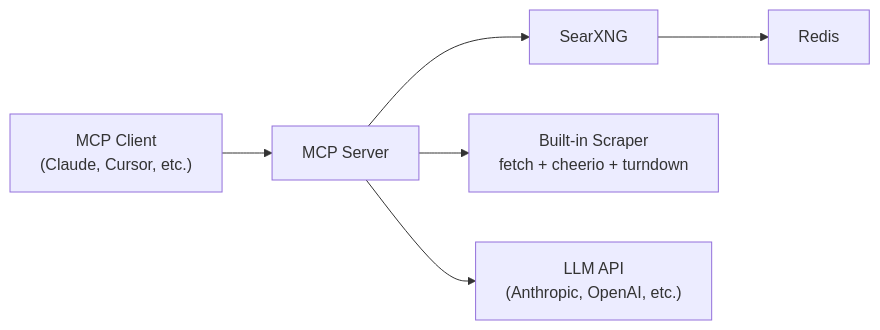
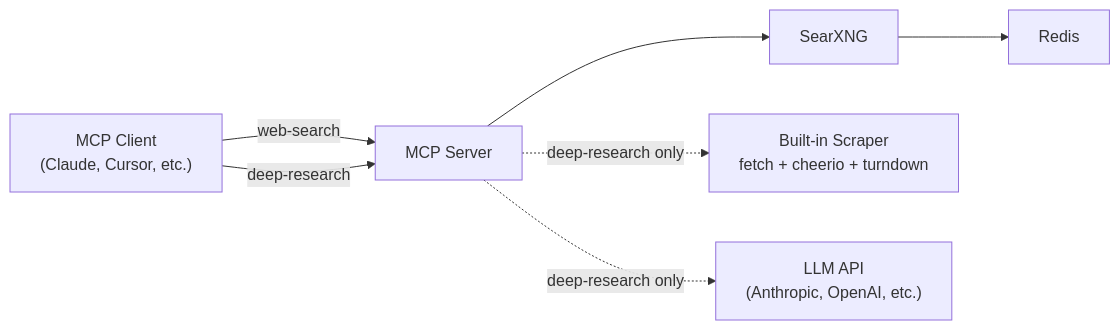
The first of 2 diagrams in README.md (arnaudjnn/web-search-mcp), drawn with Mermaid before and after one commit. The commit also changed other lines of this file, not shown here.

First line of the commit message:
Rewrite README for two-tool architecture

````diff
--- a/README.md
+++ b/README.md
@@ -13,8 +7,9 @@
 ```mermaid
 graph LR
-    Client["MCP Client<br/>(Claude, Cursor, etc.)"] --> Server["MCP Server"]
+    Client["MCP Client<br/>(Claude, Cursor, etc.)"] -->|web-search| Server["MCP Server"]
+    Client -->|deep-research| Server
     Server --> SearXNG
     SearXNG --> Redis
-    Server --> Scraper["Built-in Scraper<br/>fetch + cheerio + turndown"]
-    Server --> LLM["LLM API<br/>(Anthropic, OpenAI, etc.)"]
+    Server -.->|deep-research only| Scraper["Built-in Scraper<br/>fetch + cheerio + turndown"]
+    Server -.->|deep-research only| LLM["LLM API<br/>(Anthropic, OpenAI, etc.)"]
 ```
````
